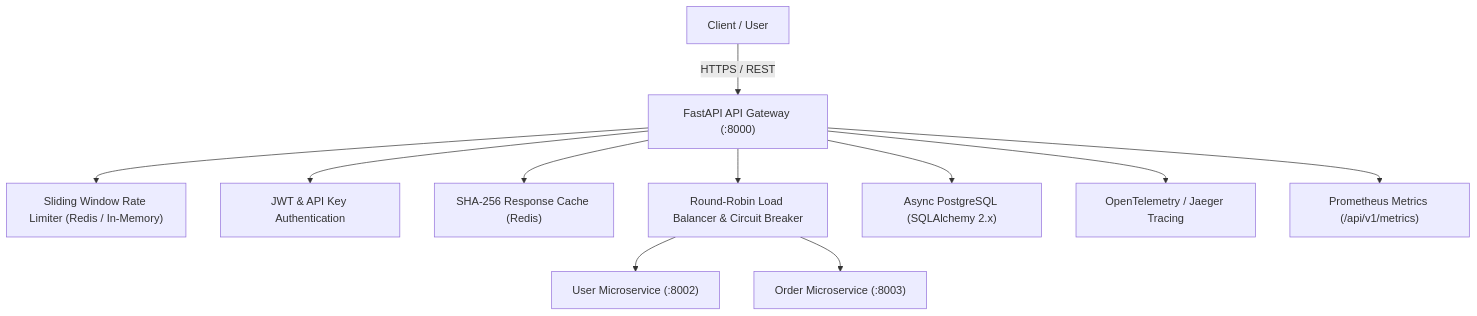
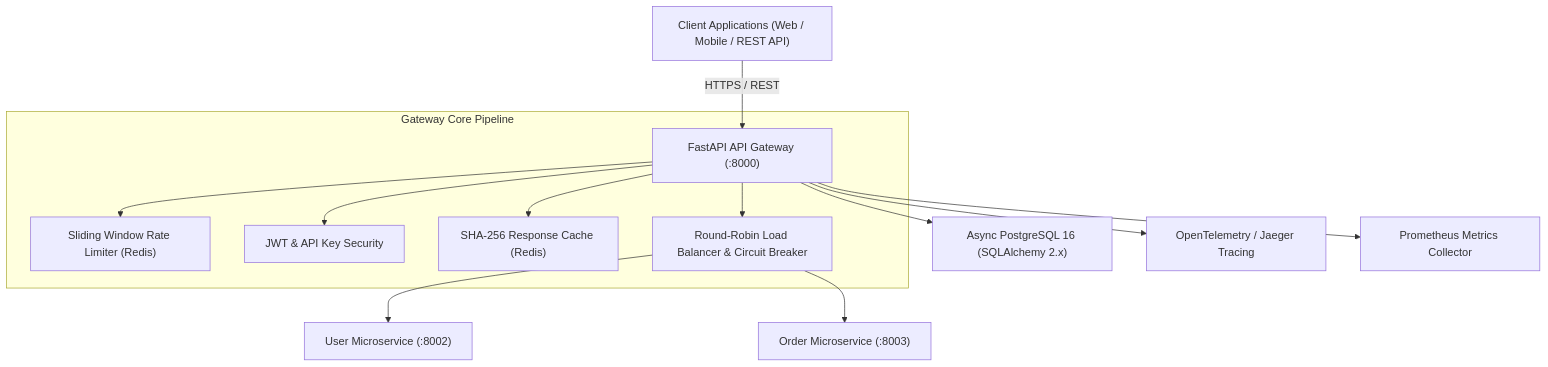
One commit to amrnath005/production-api-gateway changed the diagram in README.md. Above: the diagram before and after it, drawn with Mermaid. The commit also changed other lines of this file and 61 other files, not shown here.

````diff
--- a/README.md
+++ b/README.md
@@ -47,13 +16,18 @@
 ```mermaid
 graph TD
-    Client["Client / User"] --> |HTTPS / REST| Gateway["FastAPI API Gateway (:8000)"]
-    Gateway --> RateLimit["Sliding Window Rate Limiter (Redis / In-Memory)"]
-    Gateway --> Auth["JWT & API Key Authentication"]
-    Gateway --> Cache["SHA-256 Response Cache (Redis)"]
-    Gateway --> LB["Round-Robin Load Balancer & Circuit Breaker"]
+    Client["Client Applications (Web / Mobile / REST API)"] --> |HTTPS / REST| Gateway["FastAPI API Gateway (:8000)"]
+    
+    subgraph Gateway Core Pipeline
+        Gateway --> RateLimit["Sliding Window Rate Limiter (Redis)"]
+        Gateway --> Auth["JWT & API Key Security"]
+        Gateway --> Cache["SHA-256 Response Cache (Redis)"]
+        Gateway --> LB["Round-Robin Load Balancer & Circuit Breaker"]
+    end
+
     LB --> UserSVC["User Microservice (:8002)"]
     LB --> OrderSVC["Order Microservice (:8003)"]
-    Gateway --> DB["Async PostgreSQL (SQLAlchemy 2.x)"]
+
+    Gateway --> DB["Async PostgreSQL 16 (SQLAlchemy 2.x)"]
     Gateway --> OTel["OpenTelemetry / Jaeger Tracing"]
-    Gateway --> Prom["Prometheus Metrics (/api/v1/metrics)"]
+    Gateway --> Prom["Prometheus Metrics Collector"]
 ```
````
